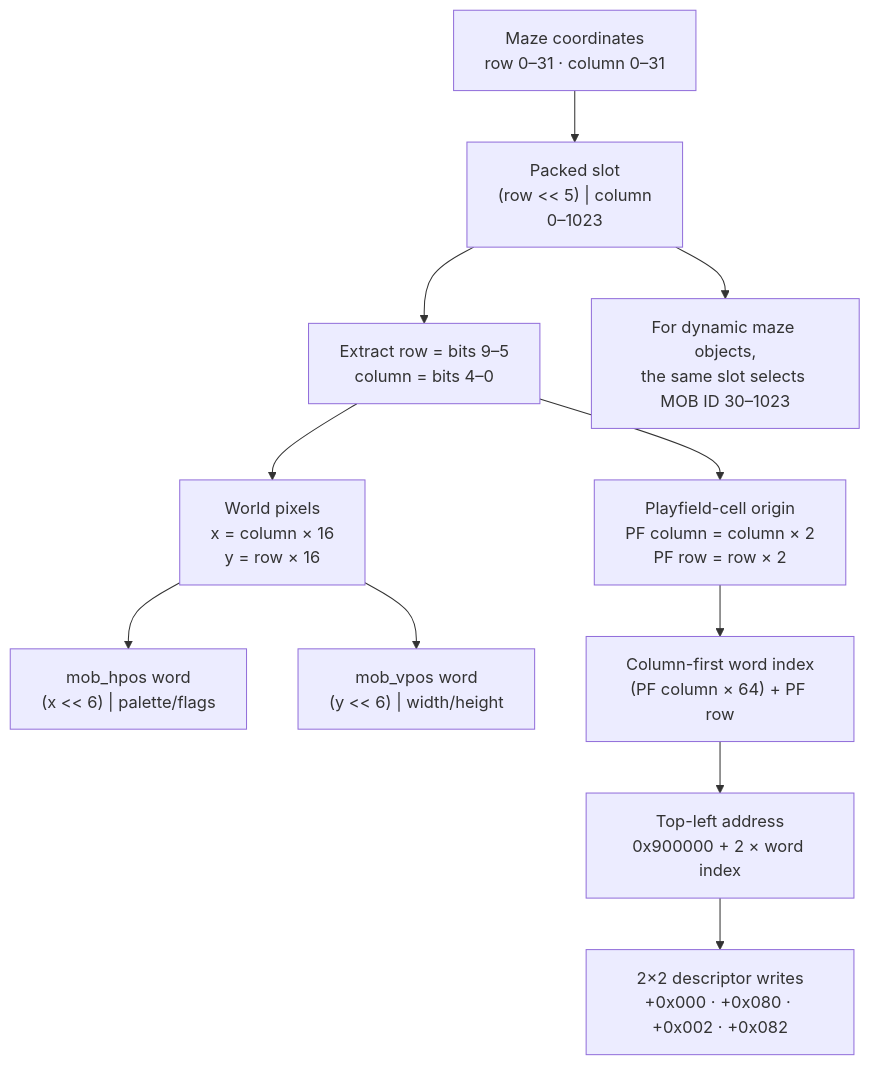
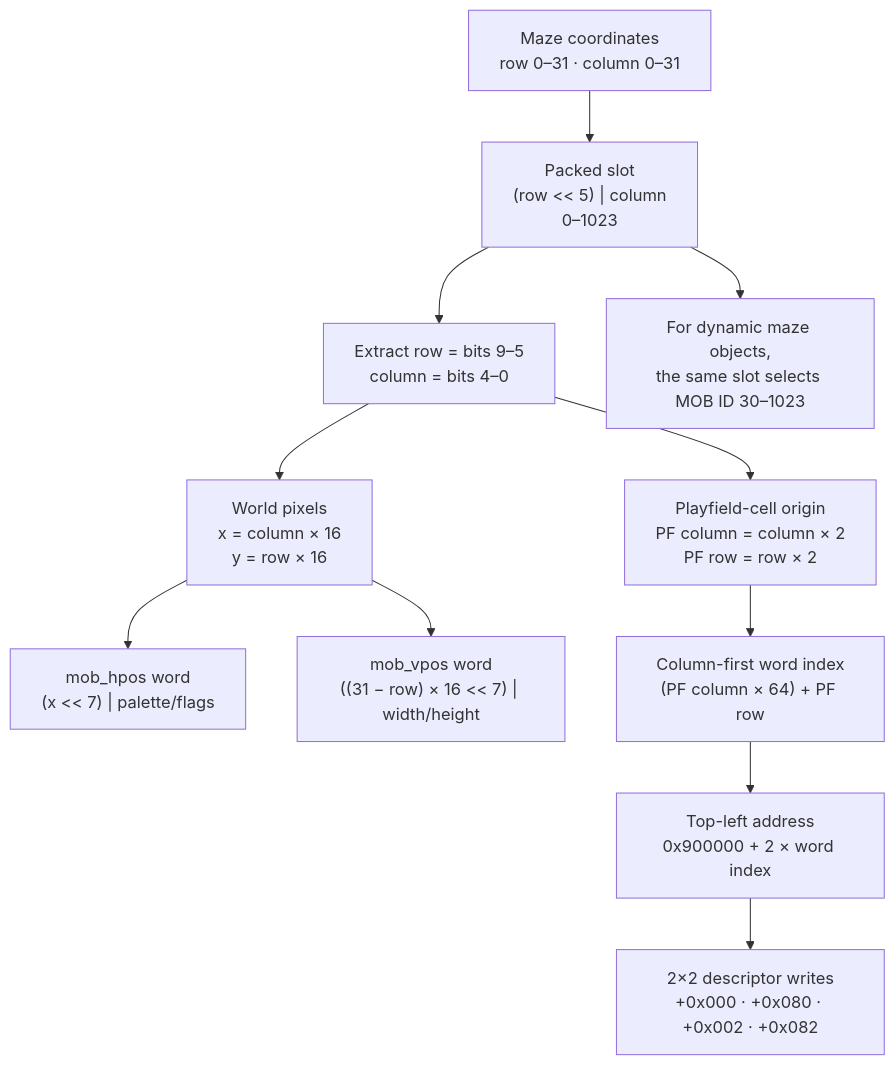
One commit to alinsavix/gauntlet-gamerom-ai-reveng changed the second of 3 diagrams in doc/04_game_subsystems.md. Above: the diagram before and after it, drawn with Mermaid. The commit also changed other lines of this file and 11 other files, not shown here.

````diff
--- a/doc/04_game_subsystems.md
+++ b/doc/04_game_subsystems.md
@@ -1673,16 +1799,16 @@
 ```mermaid
 flowchart TD
     rc["Maze coordinates<br/>row 0–31 · column 0–31"] --> slot["Packed slot<br/>(row << 5) | column<br/>0–1023"]
 
     slot --> split["Extract row = bits 9–5<br/>column = bits 4–0"]
     split --> world["World pixels<br/>x = column × 16<br/>y = row × 16"]
-    world --> hword["mob_hpos word<br/>(x << 6) | palette/flags"]
-    world --> vword["mob_vpos word<br/>(y << 6) | width/height"]
+    world --> hword["mob_hpos word<br/>(x << 7) | palette/flags"]
+    world --> vword["mob_vpos word<br/>((31 − row) × 16 << 7) | width/height"]
 
     split --> pfcoords["Playfield-cell origin<br/>PF column = column × 2<br/>PF row = row × 2"]
     pfcoords --> pfindex["Column-first word index<br/>(PF column × 64) + PF row"]
     pfindex --> pfaddr["Top-left address<br/>0x900000 + 2 × word index"]
     pfaddr --> quad["2×2 descriptor writes<br/>+0x000 · +0x080 · +0x002 · +0x082"]
 
     slot --> object["For dynamic maze objects,<br/>the same slot selects MOB ID 30–1023"]
 ```
````
